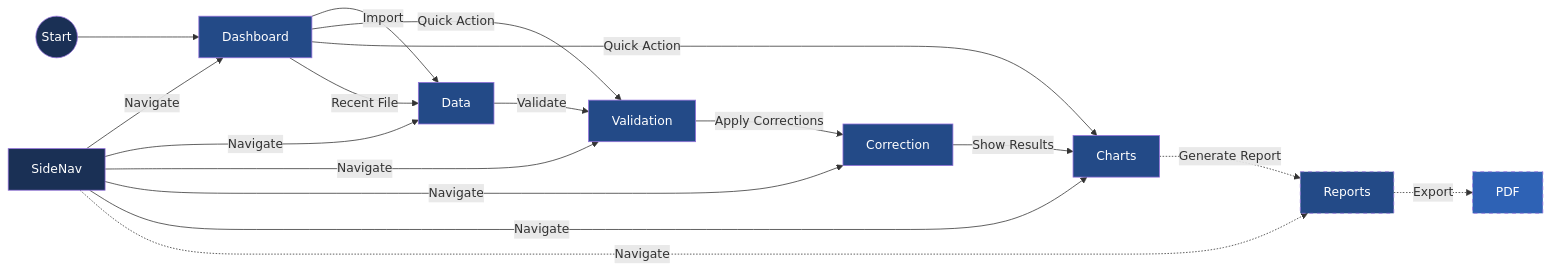
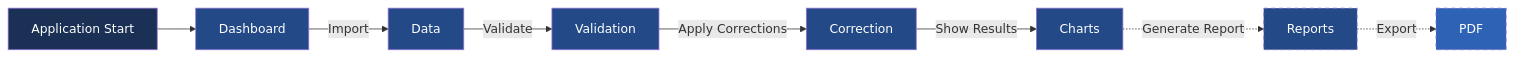
The second of 2 diagrams in memory-bank/activeContext.md (LinkesAuge/ChestBuddy), drawn with Mermaid before and after one commit. The commit also changed other lines of this file and 14 other files, not shown here.

````diff
--- a/memory-bank/activeContext.md
+++ b/memory-bank/activeContext.md
@@ -307,29 +308,19 @@
 ```mermaid
 graph LR
-    Start((Start)) --> Dashboard
-    Dashboard -->|Import| Data
-    Dashboard -->|Quick Action| Validation
-    Dashboard -->|Quick Action| Charts
-    Dashboard -->|Recent File| Data
-    SideNav -->|Navigate| Dashboard
-    SideNav -->|Navigate| Data
-    SideNav -->|Navigate| Validation
-    SideNav -->|Navigate| Correction
-    SideNav -->|Navigate| Charts
-    SideNav -.Navigate.-> Reports
+    Start[Application Start] --> Dashboard
+    Dashboard --> |Import| Data
     Data -->|Validate| Validation
     Validation -->|Apply Corrections| Correction
     Correction -->|Show Results| Charts
     Charts -.Generate Report.-> Reports
     Reports -.Export.-> PDF
     
     style Start fill:#1a3055,color:#fff
     style Dashboard fill:#234a87,color:#fff
     style Data fill:#234a87,color:#fff
     style Validation fill:#234a87,color:#fff
     style Correction fill:#234a87,color:#fff
     style Charts fill:#234a87,color:#fff
-    style SideNav fill:#1a3055,color:#fff
     style Reports fill:#234a87,color:#fff,stroke-dasharray: 5 5
     style PDF fill:#2e62b5,color:#fff,stroke-dasharray: 5 5
 ```
````
